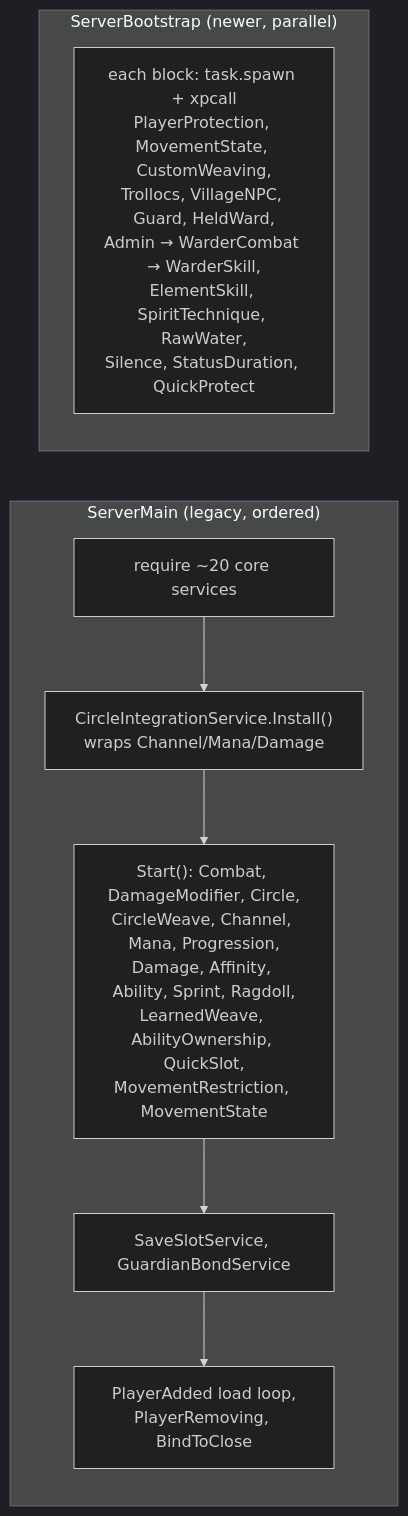
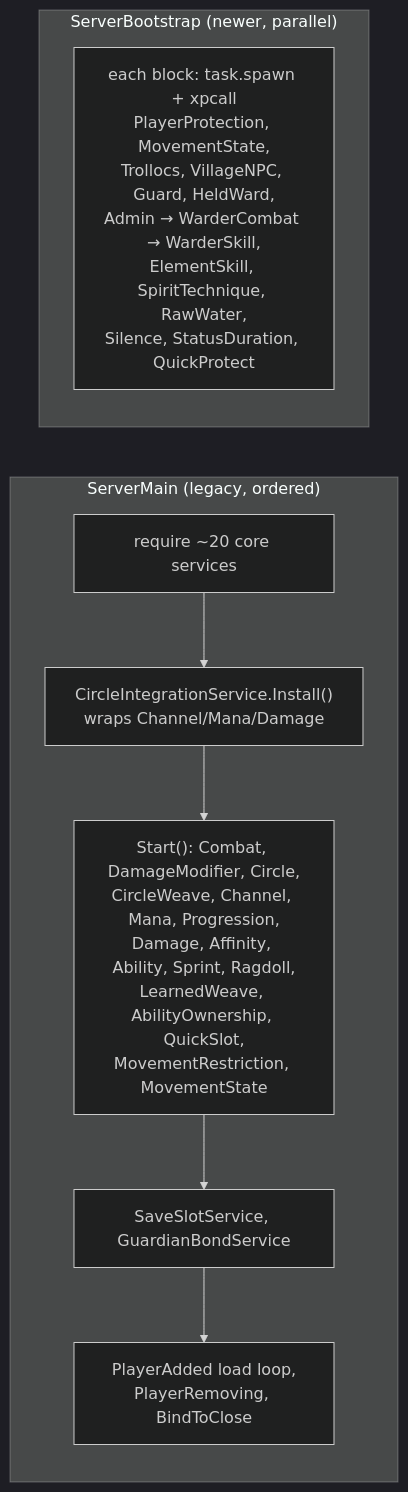
Before and after one commit to IamSwan/Woven: the second of 4 diagrams in docs/architecture.md, drawn with Mermaid (dark theme). The commit also changed other lines of this file and 7 other files, not shown here.

First line of the commit message:
refactor: remove custom weaving

````diff
--- a/docs/architecture.md
+++ b/docs/architecture.md
@@ -57,9 +57,9 @@
 ```mermaid
 flowchart LR
   subgraph SM["ServerMain (legacy, ordered)"]
     A1["require ~20 core services"] --> A2["CircleIntegrationService.Install()<br/>wraps Channel/Mana/Damage"] --> A3["Start(): Combat, DamageModifier, Circle,<br/>CircleWeave, Channel, Mana, Progression,<br/>Damage, Affinity, Ability, Sprint, Ragdoll,<br/>LearnedWeave, AbilityOwnership, QuickSlot,<br/>MovementRestriction, MovementState"] --> A4["SaveSlotService, GuardianBondService"] --> A5["PlayerAdded load loop,<br/>PlayerRemoving, BindToClose"]
   end
   subgraph SB["ServerBootstrap (newer, parallel)"]
-    B1["each block: task.spawn + xpcall<br/>PlayerProtection, MovementState, CustomWeaving,<br/>Trollocs, VillageNPC, Guard, HeldWard,<br/>Admin → WarderCombat → WarderSkill,<br/>ElementSkill, SpiritTechnique, RawWater,<br/>Silence, StatusDuration, QuickProtect"]
+    B1["each block: task.spawn + xpcall<br/>PlayerProtection, MovementState,<br/>Trollocs, VillageNPC, Guard, HeldWard,<br/>Admin → WarderCombat → WarderSkill,<br/>ElementSkill, SpiritTechnique, RawWater,<br/>Silence, StatusDuration, QuickProtect"]
   end
 ```
````
